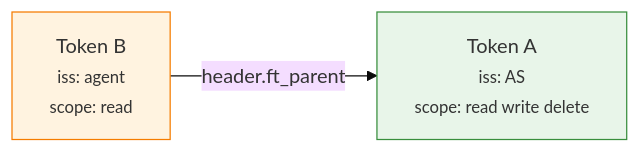
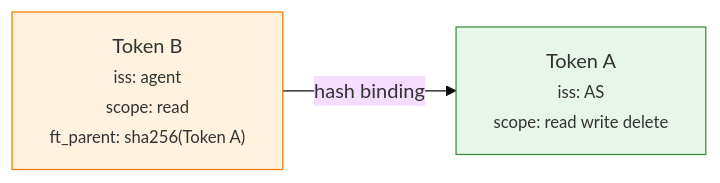
The second of 2 diagrams in README.md (ciamshrek/french-toast-jwt), drawn with Mermaid (base theme) before and after one commit. The commit also changed other lines of this file and 13 other files, not shown here.

First line of the commit message:
feat: hash-based chain format, ft_iss/ft_dep constraints, CIMD discovery

````diff
--- a/README.md
+++ b/README.md
@@ -41,10 +41,10 @@
 ```mermaid
 graph LR
-    TB["Token B<br/><small>iss: agent</small><br/><small>scope: read</small>"]
+    TB["Token B<br/><small>iss: agent</small><br/><small>scope: read</small><br/><small>ft_parent: sha256(Token A)</small>"]
     TA["Token A<br/><small>iss: AS</small><br/><small>scope: read write delete</small>"]
 
-    TB -- "header.ft_parent" --> TA
+    TB -- "hash binding" --> TA
 
     style TA fill:#e8f5e9,stroke:#388e3c
     style TB fill:#fff3e0,stroke:#f57c00
 ```
````
